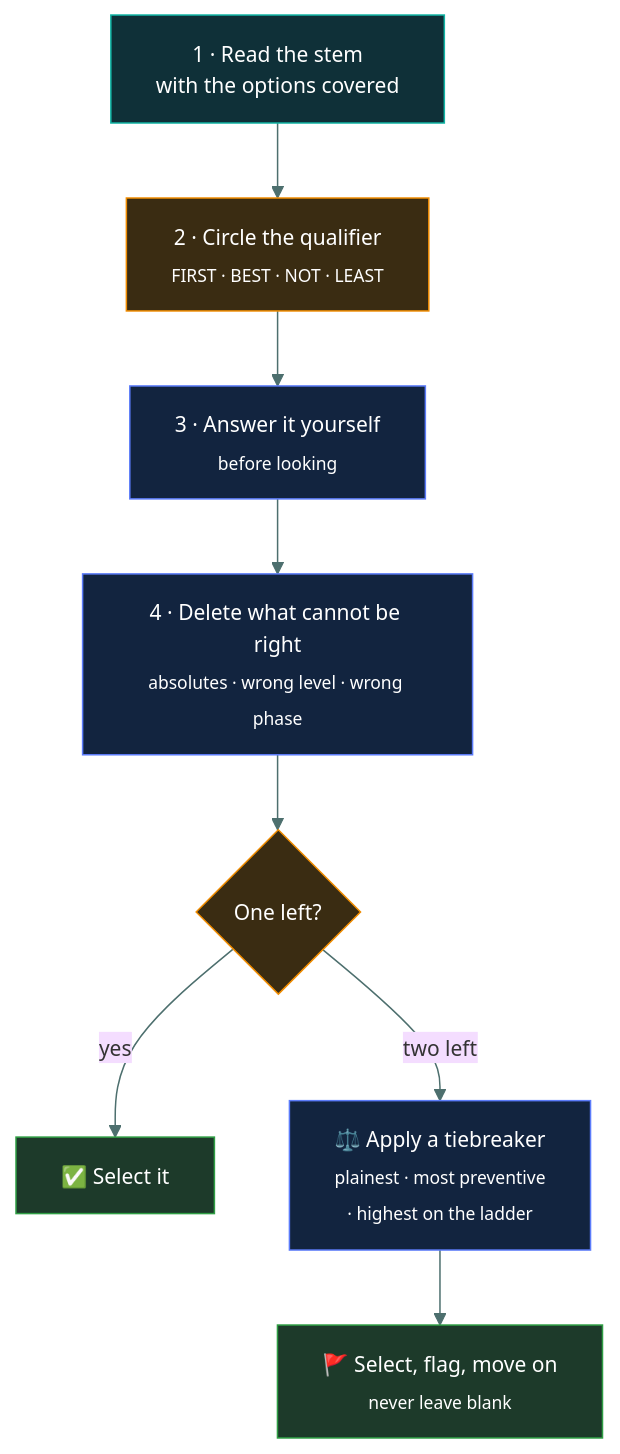
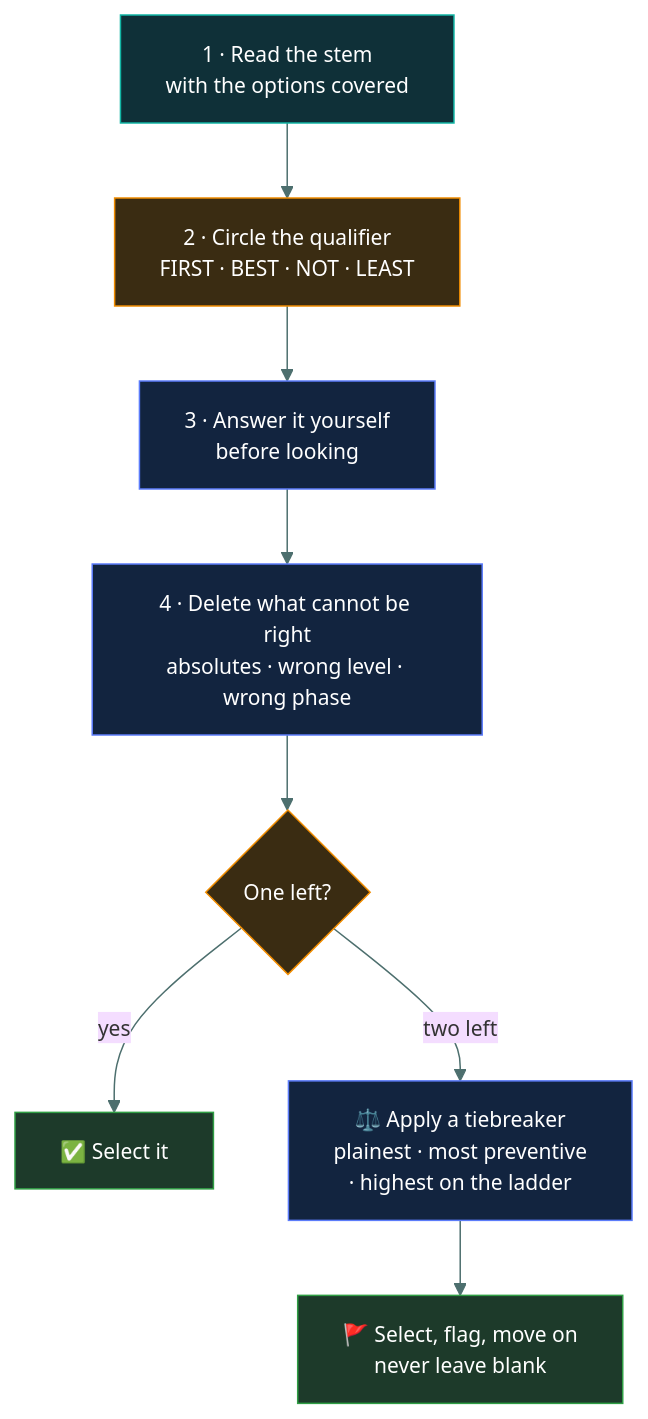
Before and after one commit to tarunTejaDesireddy/cc-exam-prep: the diagram in 00-foundations/answering-technique/README.md, drawn with Mermaid. The commit also changed 15 other files, not shown here.

First line of the commit message:
Fix clipped mermaid labels repo-wide; add privacy topic

````diff
--- a/00-foundations/answering-technique/README.md
+++ b/00-foundations/answering-technique/README.md
@@ -55,20 +55,20 @@
 ```mermaid
 %%{init: {'theme':'base','themeVariables':{'fontSize':'14px','lineColor':'#4d6f6e','textColor':'#dbe7e6'}}}%%
 flowchart TD
-    S1["1 · Read the stem<br/>with the options covered"] --> S2["2 · Circle the qualifier<br/><sub>FIRST · BEST · NOT · LEAST</sub>"]
-    S2 --> S3["3 · Answer it yourself<br/><sub>before looking</sub>"]
-    S3 --> S4["4 · Delete what cannot be right<br/><sub>absolutes · wrong level · wrong phase</sub>"]
+    S1["1 · Read the stem<br/>with the options covered"] --> S2["2 · Circle the qualifier<br/>FIRST · BEST · NOT · LEAST"]
+    S2 --> S3["3 · Answer it yourself<br/>before looking"]
+    S3 --> S4["4 · Delete what cannot be right<br/>absolutes · wrong level · wrong phase"]
     S4 --> S5{"One left?"}
     S5 -->|yes| K["✅ Select it"]
-    S5 -->|"two left"| T["⚖️ Apply a tiebreaker<br/><sub>plainest · most preventive<br/>· highest on the ladder</sub>"]
-    T --> G["🚩 Select, flag, move on<br/><sub>never leave blank</sub>"]
+    S5 -->|"two left"| T["⚖️ Apply a tiebreaker<br/>plainest · most preventive<br/>· highest on the ladder"]
+    T --> G["🚩 Select, flag, move on<br/>never leave blank"]
 
     style S1 fill:#0f3038,stroke:#12B5A5,color:#fff
     style S2 fill:#3a2c12,stroke:#F08C00,color:#fff
     style S3 fill:#12243f,stroke:#5C7CFA,color:#fff
     style S4 fill:#12243f,stroke:#5C7CFA,color:#fff
     style S5 fill:#3a2c12,stroke:#F08C00,color:#fff
     style K fill:#1d3a2a,stroke:#2F9E44,color:#fff
     style T fill:#12243f,stroke:#5C7CFA,color:#fff
     style G fill:#1d3a2a,stroke:#2F9E44,color:#fff
 ```
````
